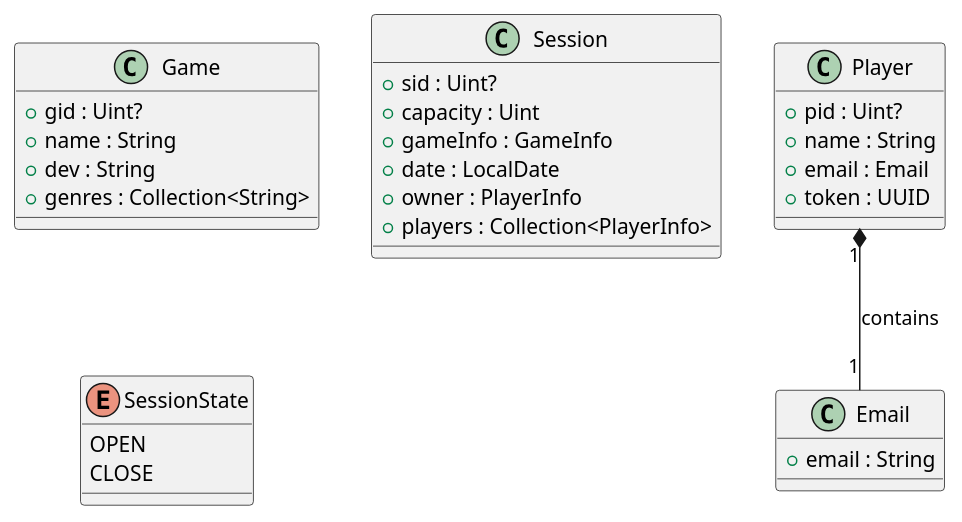
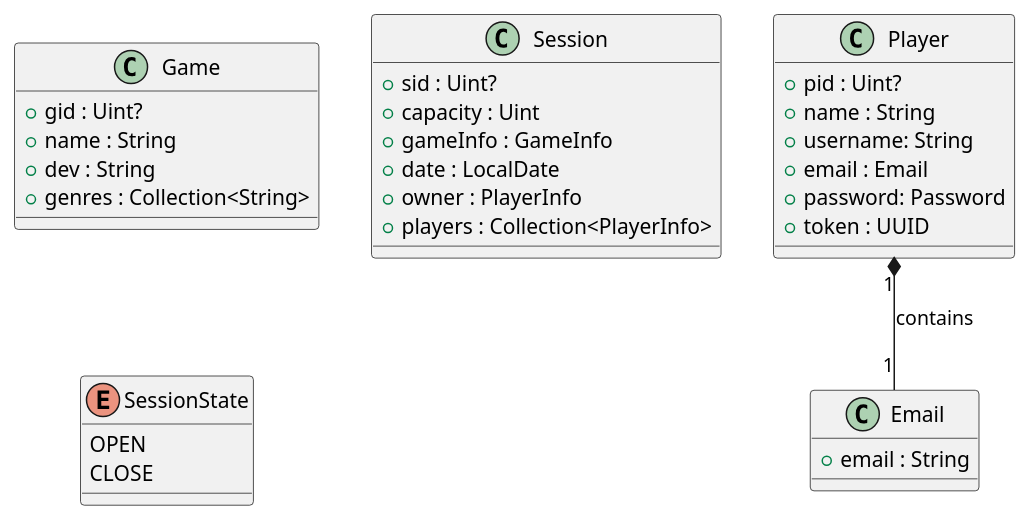
The diagram in phase4/src/main/kotlin/pt/isel/ls/domain/DomainDiagram.puml (Thuzys/Session_Control), drawn with PlantUML before and after one commit. The commit also changed 20 other files, not shown here.

```diff
--- a/phase4/src/main/kotlin/pt/isel/ls/domain/DomainDiagram.puml
+++ b/phase4/src/main/kotlin/pt/isel/ls/domain/DomainDiagram.puml
@@ -1,31 +1,33 @@
 @startuml
 'https://plantuml.com/sequence-diagram
 class Player {
     +pid : Uint?
     +name : String
+    +username: String
     +email : Email
+    +password: Password
     +token : UUID
 }
 class Game {
     +gid : Uint?
     +name : String
     +dev : String
     +genres : Collection<String>
 }
 class Session {
     +sid : Uint?
     +capacity : Uint
     +gameInfo : GameInfo
     +date : LocalDate
     +owner : PlayerInfo
     +players : Collection<PlayerInfo>
 }
 enum SessionState {
     OPEN
     CLOSE
 }
 class Email {
     +email : String
 }
 Player "1" *-- "1" Email : contains
 @enduml
```
